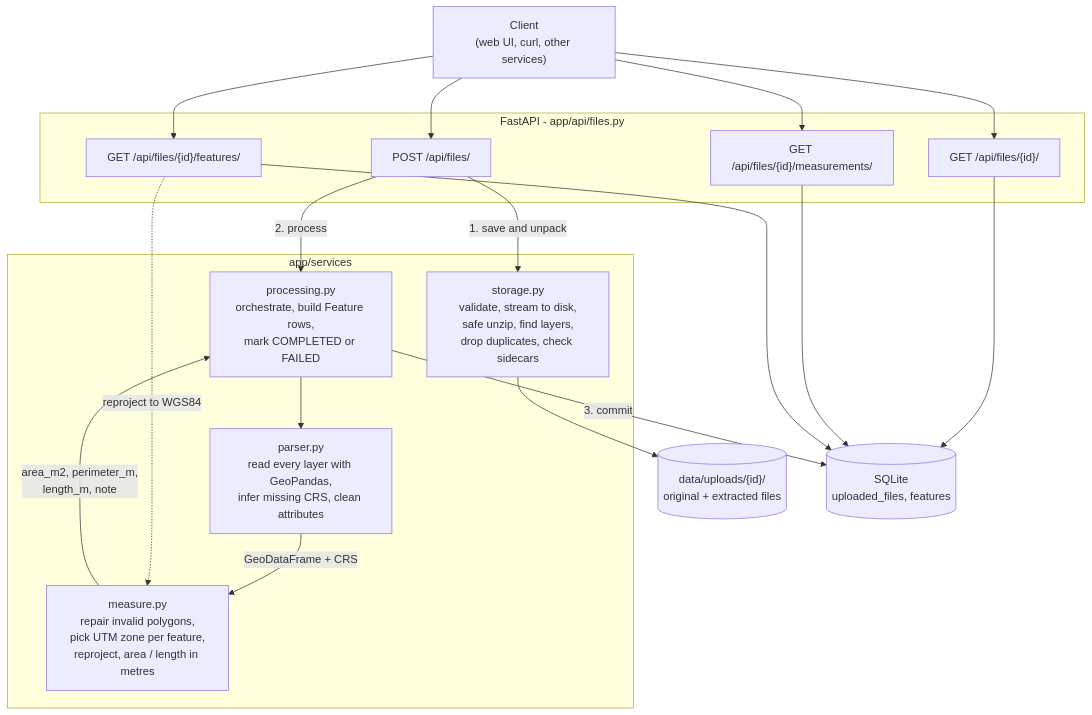
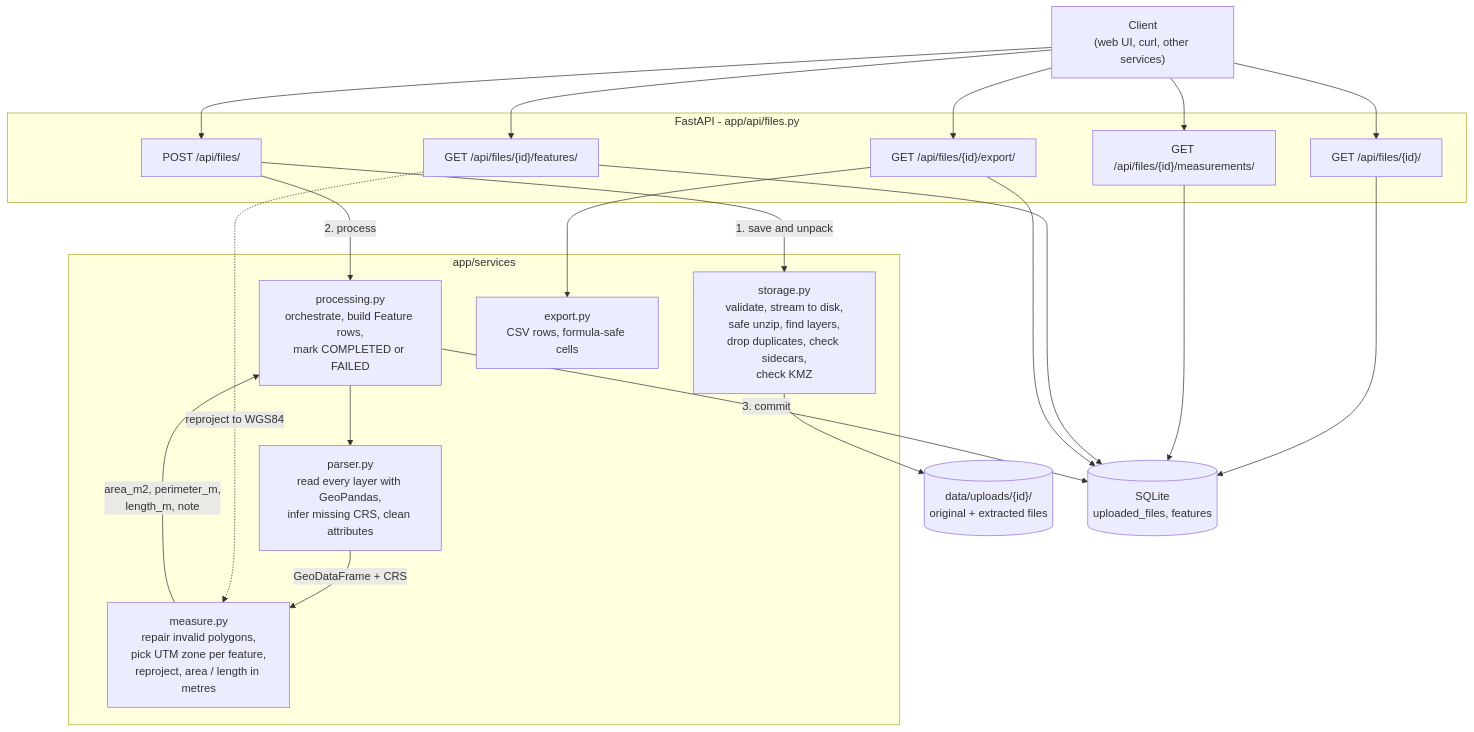
One commit to sai-vidith/geomeasure-api changed the diagram in README.md. Above: the diagram before and after it, drawn with Mermaid. The commit also changed other lines of this file and 2 other files, not shown here.

````diff
--- a/README.md
+++ b/README.md
@@ -360,39 +433,44 @@
 ```mermaid
 flowchart TD
     Client["Client<br/>(web UI, curl, other services)"]
 
     subgraph API["FastAPI - app/api/files.py"]
         Upload["POST /api/files/"]
         Info["GET /api/files/{id}/"]
         Meas["GET /api/files/{id}/measurements/"]
         Feat["GET /api/files/{id}/features/"]
+        Export["GET /api/files/{id}/export/"]
     end
 
     subgraph Services["app/services"]
-        Storage["storage.py<br/>validate, stream to disk,<br/>safe unzip, find layers,<br/>drop duplicates, check sidecars"]
+        Storage["storage.py<br/>validate, stream to disk,<br/>safe unzip, find layers,<br/>drop duplicates, check sidecars,<br/>check KMZ"]
         Parser["parser.py<br/>read every layer with GeoPandas,<br/>infer missing CRS, clean attributes"]
         Measure["measure.py<br/>repair invalid polygons,<br/>pick UTM zone per feature,<br/>reproject, area / length in metres"]
         Processing["processing.py<br/>orchestrate, build Feature rows,<br/>mark COMPLETED or FAILED"]
+        Csv["export.py<br/>CSV rows, formula-safe cells"]
     end
 
     Disk[("data/uploads/{id}/<br/>original + extracted files")]
     DB[("SQLite<br/>uploaded_files, features")]
 
     Client --> Upload
     Client --> Info
     Client --> Meas
     Client --> Feat
+    Client --> Export
 
     Upload -->|"1. save and unpack"| Storage
     Storage --> Disk
     Upload -->|"2. process"| Processing
     Processing --> Parser
     Parser -->|"GeoDataFrame + CRS"| Measure
     Measure -->|"area_m2, perimeter_m,<br/>length_m, note"| Processing
     Processing -->|"3. commit"| DB
 
     Info --> DB
     Meas --> DB
     Feat --> DB
+    Export --> DB
+    Export --> Csv
     Feat -.->|"reproject to WGS84"| Measure
 ```
````
